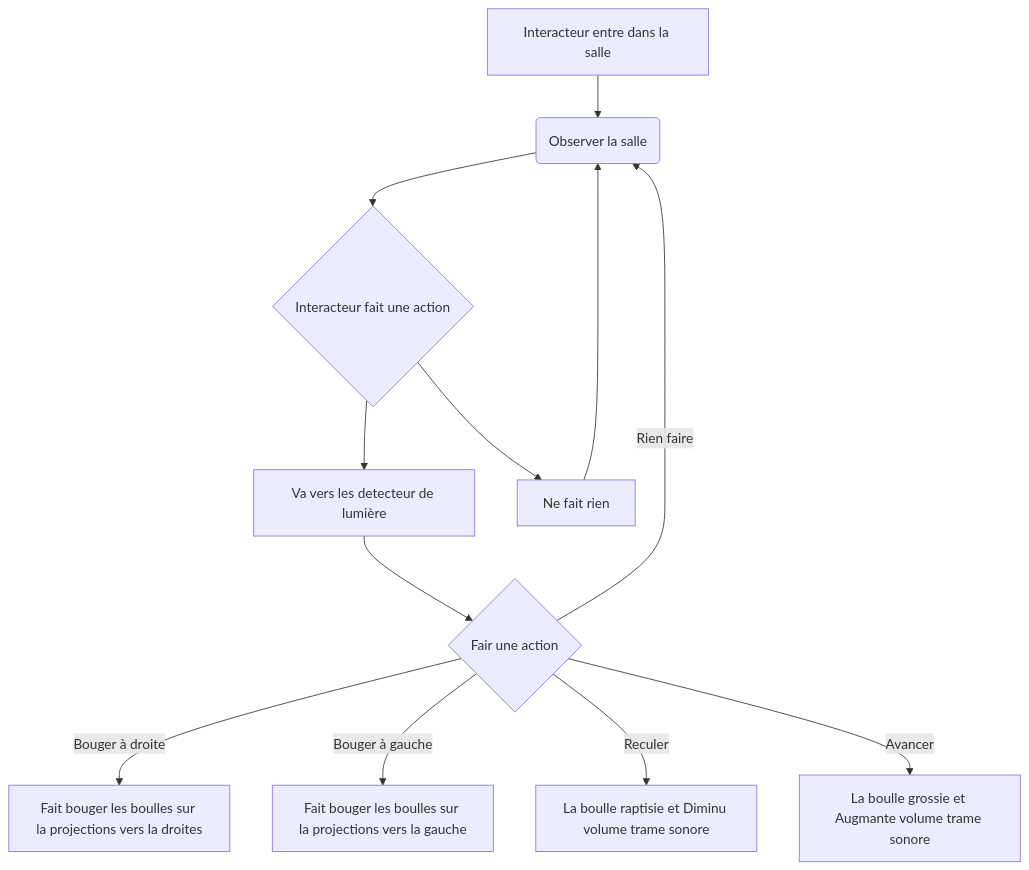
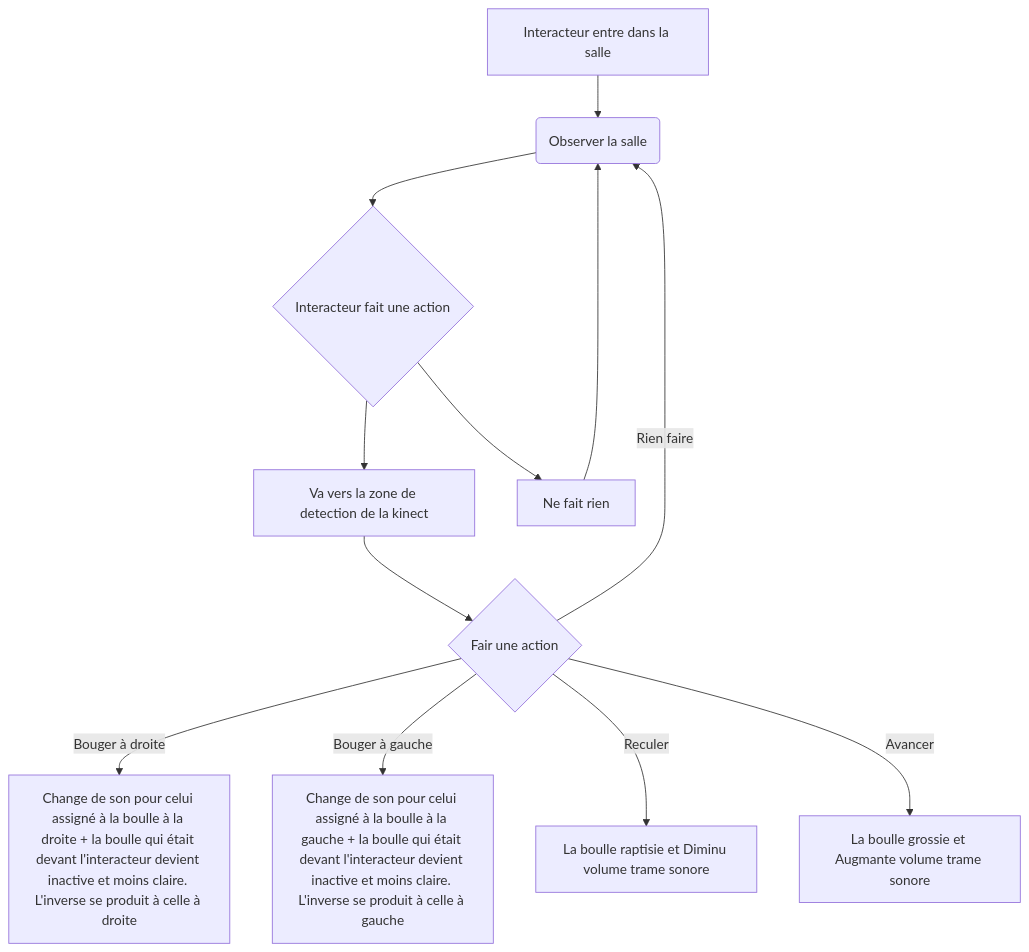
The diagram in README.md (victorgileau/piano_etoile_scenarisation_projet), drawn with Mermaid before and after one commit. The commit also changed other lines of this file, not shown here.

Commit message:
README.md_ajout_info-kinect+boulles_projection

````diff
--- a/README.md
+++ b/README.md
@@ -24,14 +24,14 @@
 ```mermaid
 flowchart TD
     A[Interacteur entre dans la salle] --> B(Observer la salle)
     B --> C{Interacteur fait une action}
-    C --> D[Va vers les detecteur de lumière]
+    C --> D[Va vers la zone de detection de la kinect]
     C --> E[Ne fait rien]
     E --> B
     D --> F{Fair une action}
-    F -->|Bouger à droite| G[Fait bouger les boulles sur la projections vers la droites]
-    F -->|Bouger à gauche| H[Fait bouger les boulles sur la projections vers la gauche]
+    F -->|Bouger à droite| G[Change de son pour celui assigné à la boulle à la droite + la boulle qui était devant l'interacteur devient inactive et moins claire. L'inverse se produit à celle à droite]
+    F -->|Bouger à gauche| H[Change de son pour celui assigné à la boulle à la gauche + la boulle qui était devant l'interacteur devient inactive et moins claire. L'inverse se produit à celle à gauche]
     F -->|Reculer| I[La boulle raptisie et Diminu volume trame sonore]
     F -->|Avancer| J[La boulle grossie et Augmante volume trame sonore]
     F -->|Rien faire| B
 ```
````
